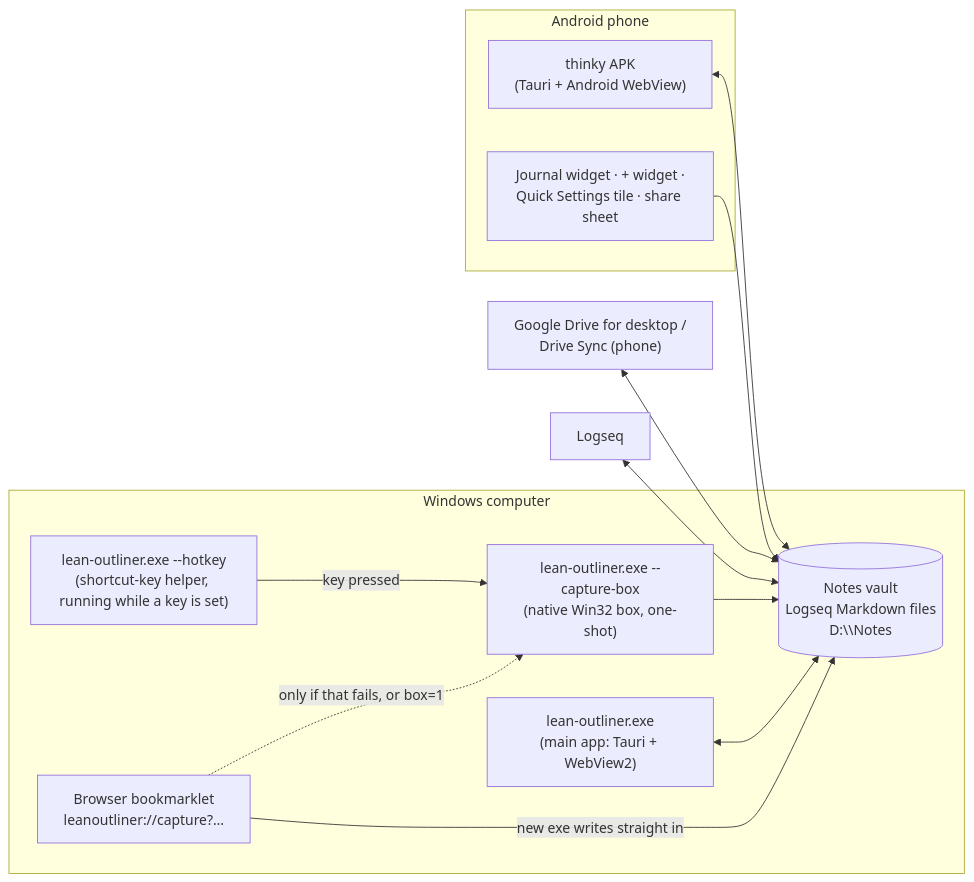
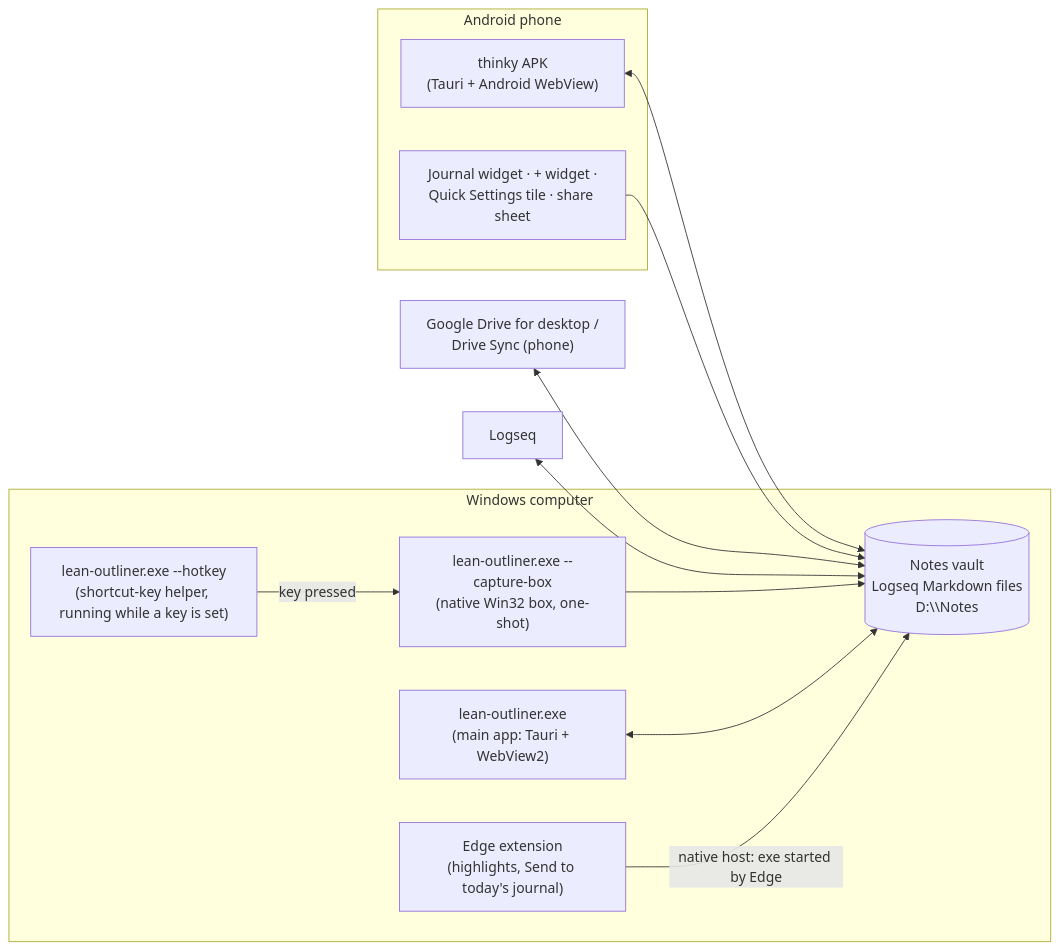
The diagram in docs/ARCHITECTURE.md (srikanth-iyer/thinky), drawn with Mermaid before and after one commit. The commit also changed other lines of this file and 59 other files, not shown here.

````diff
--- a/docs/ARCHITECTURE.md
+++ b/docs/ARCHITECTURE.md
@@ -19,23 +19,22 @@
 ```mermaid
 flowchart LR
   subgraph Laptop["Windows computer"]
     HK["lean-outliner.exe --hotkey<br/>(shortcut-key helper, running while a key is set)"]
     BOX["lean-outliner.exe --capture-box<br/>(native Win32 box, one-shot)"]
     APP["lean-outliner.exe<br/>(main app: Tauri + WebView2)"]
-    BM["Browser bookmarklet<br/>leanoutliner://capture?…"]
+    EXT["Edge extension<br/>(highlights, Send to today's journal)"]
     HK -- "key pressed" --> BOX
-    BM -- "new exe writes straight in" --> VAULT
-    BM -. "only if that fails, or box=1" .-> BOX
+    EXT -- "native host: exe started by Edge" --> VAULT
   end
   subgraph Phone["Android phone"]
     AAPP["thinky APK<br/>(Tauri + Android WebView)"]
     WID["Journal widget · + widget ·<br/>Quick Settings tile · share sheet"]
   end
   VAULT[("Notes vault<br/>Logseq Markdown files<br/>D:\\Notes")]
   APP <--> VAULT
   BOX --> VAULT
   AAPP <--> VAULT
   WID --> VAULT
   DRIVE["Google Drive for desktop /<br/>Drive Sync (phone)"] <--> VAULT
   LOGSEQ["Logseq"] <--> VAULT
 ```
````
